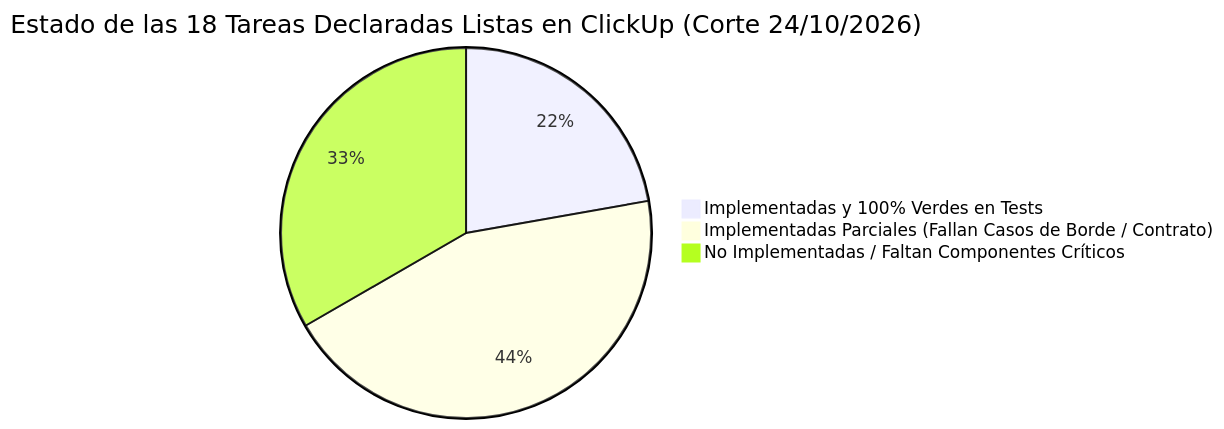
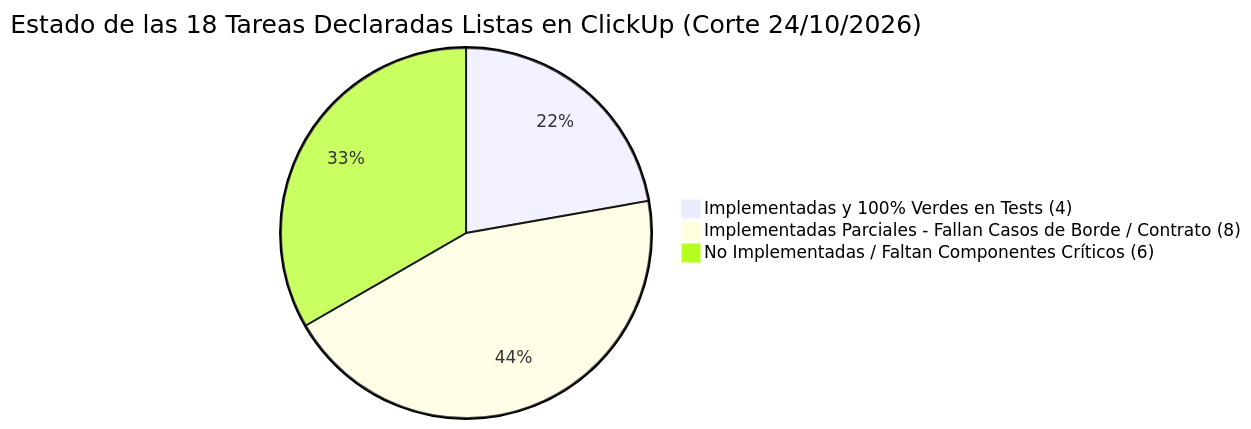
The diagram in documentacion/defensaarticulo/05_metricas_y_datos_cuantitativos.md (micaelaalvaradomendez/centinela), drawn with Mermaid before and after one commit. The commit also changed other lines of this file and 31 other files, not shown here.

````diff
--- a/documentacion/defensaarticulo/05_metricas_y_datos_cuantitativos.md
+++ b/documentacion/defensaarticulo/05_metricas_y_datos_cuantitativos.md
@@ -37,6 +39,6 @@
 ```mermaid
 pie title Estado de las 18 Tareas Declaradas Listas en ClickUp (Corte 24/10/2026)
-    "Implementadas y 100% Verdes en Tests" : 4
-    "Implementadas Parciales (Fallan Casos de Borde / Contrato)" : 8
-    "No Implementadas / Faltan Componentes Críticos" : 6
+    "Implementadas y 100% Verdes en Tests (4)" : 4
+    "Implementadas Parciales - Fallan Casos de Borde / Contrato (8)" : 8
+    "No Implementadas / Faltan Componentes Críticos (6)" : 6
 ```
````
